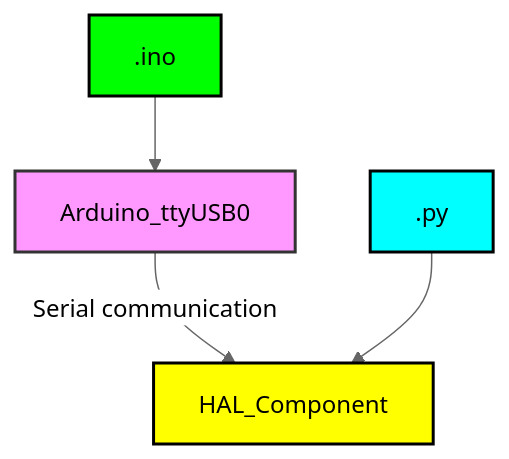
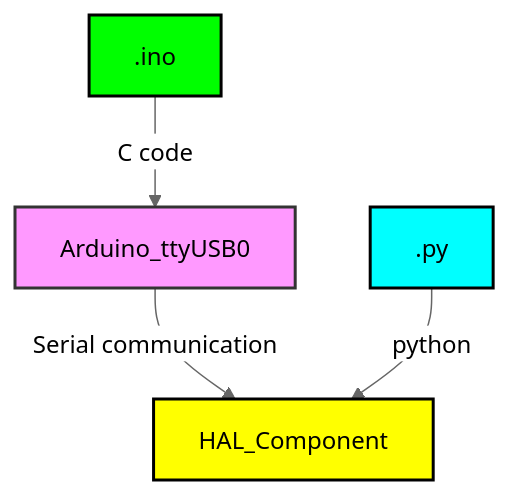
One commit to Tpj-root/MPG_pendant changed the diagram in README.md. Above: the diagram before and after it, drawn with Mermaid (neutral theme).

````diff
--- a/README.md
+++ b/README.md
@@ -313,12 +313,12 @@
 ```mermaid
 graph TD;
     style A fill:#f9f,stroke:#333,stroke-width:2px;
     style B fill:#ff0,stroke:#000,stroke-width:2px;
     style C fill:#0f0,stroke:#000,stroke-width:2px;
     style D fill:#0ff,stroke:#000,stroke-width:2px;
     
     A[Arduino_ttyUSB0] --> |Serial communication| B[HAL_Component]
-    C[.ino]  --> A
-    D[.py]  --> B
+    C[.ino]  --> |C code|A
+    D[.py]  --> |python| B
 
 ```
````
